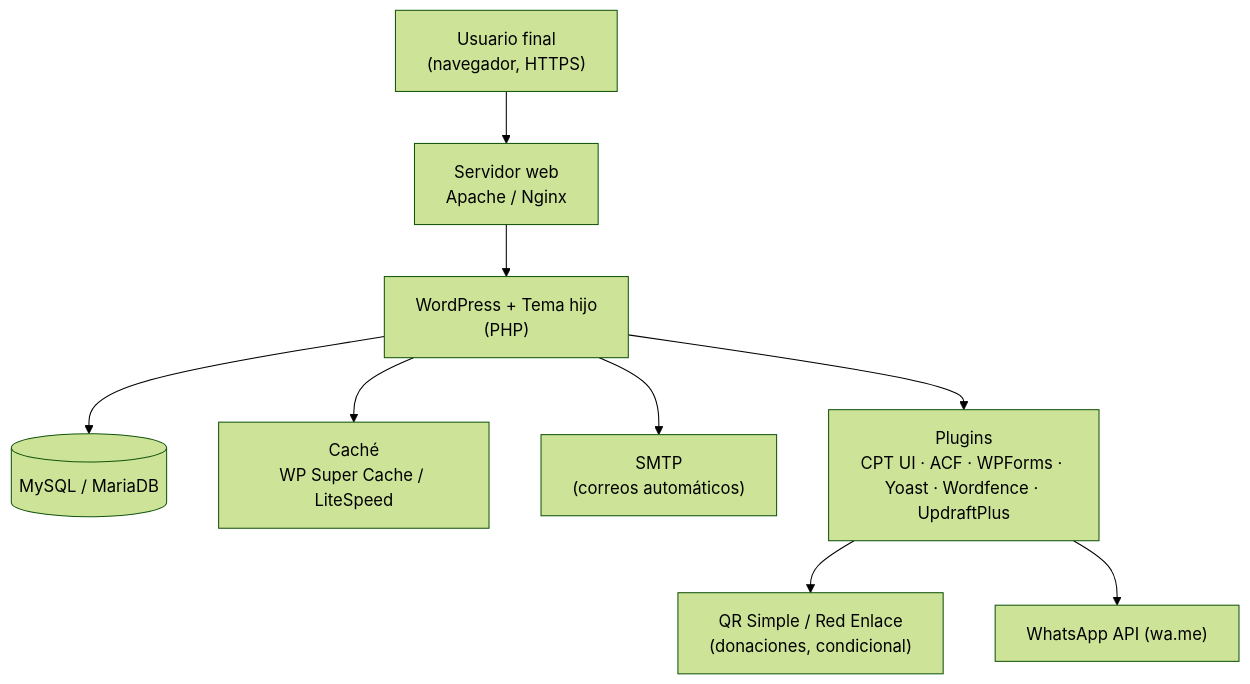
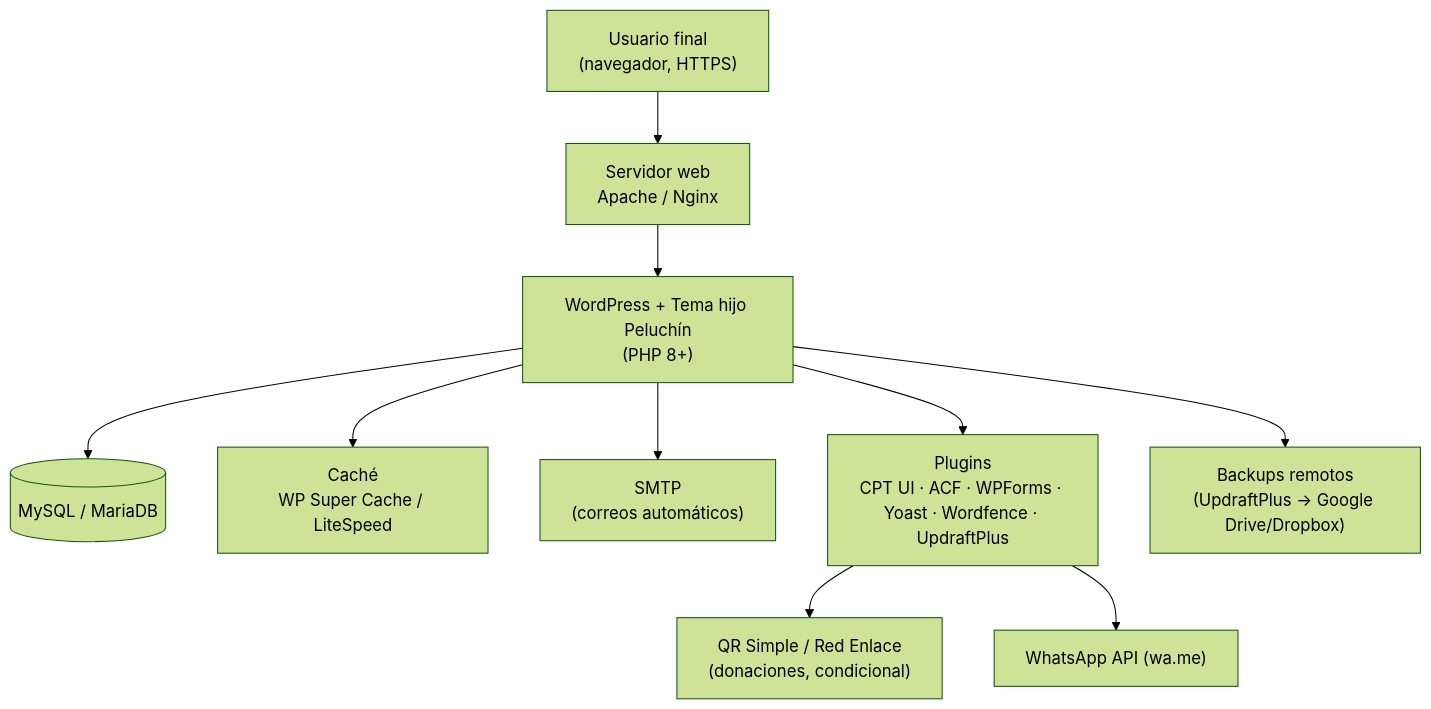
The first of 3 diagrams in manuales/Manual_Tecnico.md (TrynaFindMimi/gestion-proyectos), drawn with Mermaid (forest theme) before and after one commit. The commit also changed other lines of this file and 5 other files, not shown here.

````diff
--- a/manuales/Manual_Tecnico.md
+++ b/manuales/Manual_Tecnico.md
@@ -308,11 +404,12 @@
 ```mermaid
 flowchart TB
     U["Usuario final<br/>(navegador, HTTPS)"] --> LB["Servidor web<br/>Apache / Nginx"]
-    LB --> WP["WordPress + Tema hijo<br/>(PHP)"]
+    LB --> WP["WordPress + Tema hijo Peluchín<br/>(PHP 8+)"]
     WP --> DB[("MySQL / MariaDB")]
     WP --> CACHE["Caché<br/>WP Super Cache / LiteSpeed"]
     WP --> SMTP["SMTP<br/>(correos automáticos)"]
     WP --> PLUG["Plugins<br/>CPT UI · ACF · WPForms · Yoast · Wordfence · UpdraftPlus"]
     PLUG --> QR["QR Simple / Red Enlace<br/>(donaciones, condicional)"]
     PLUG --> WA["WhatsApp API (wa.me)"]
+    WP --> REMOTO["Backups remotos<br/>(UpdraftPlus → Google Drive/Dropbox)"]
 ```
````
